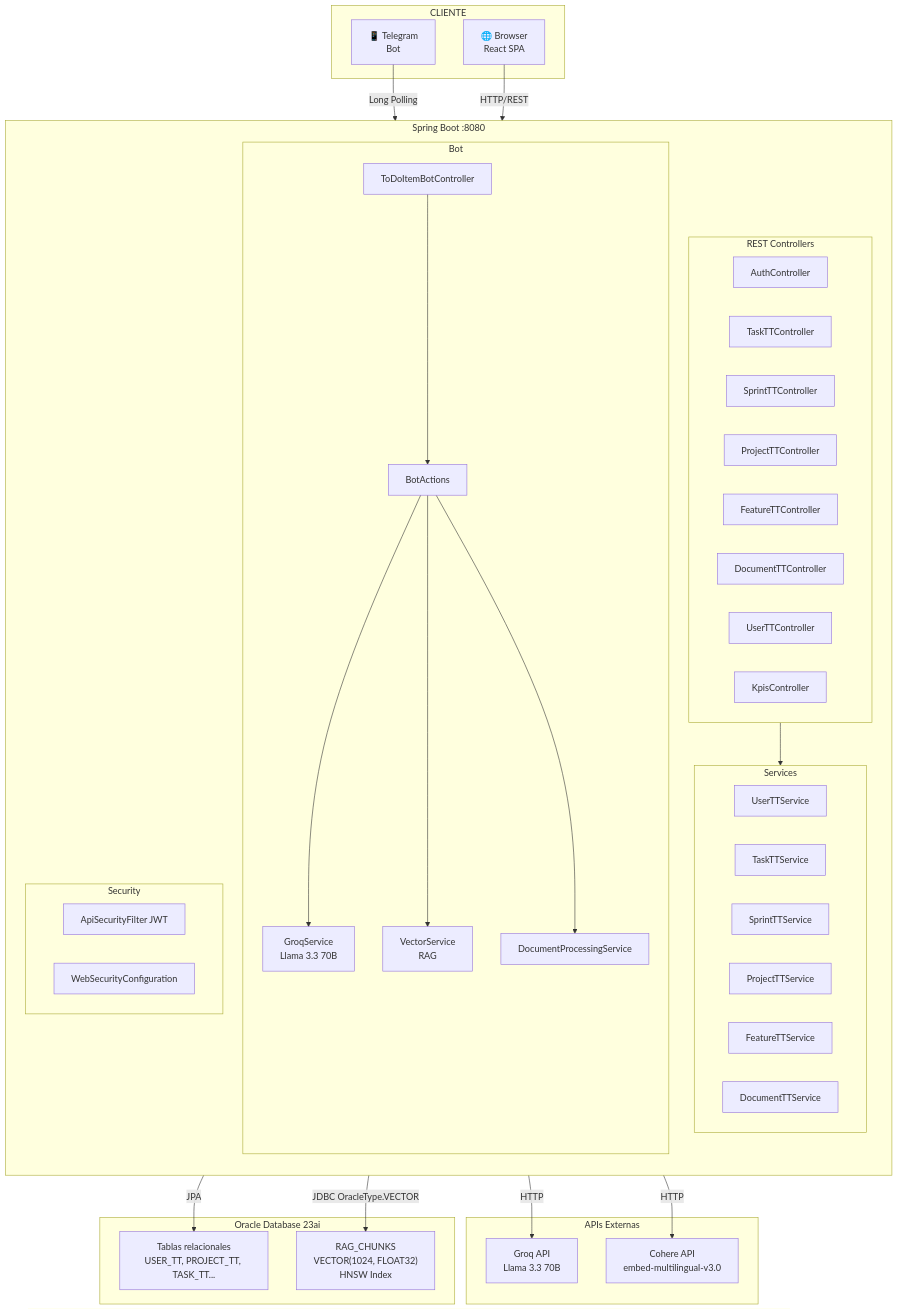
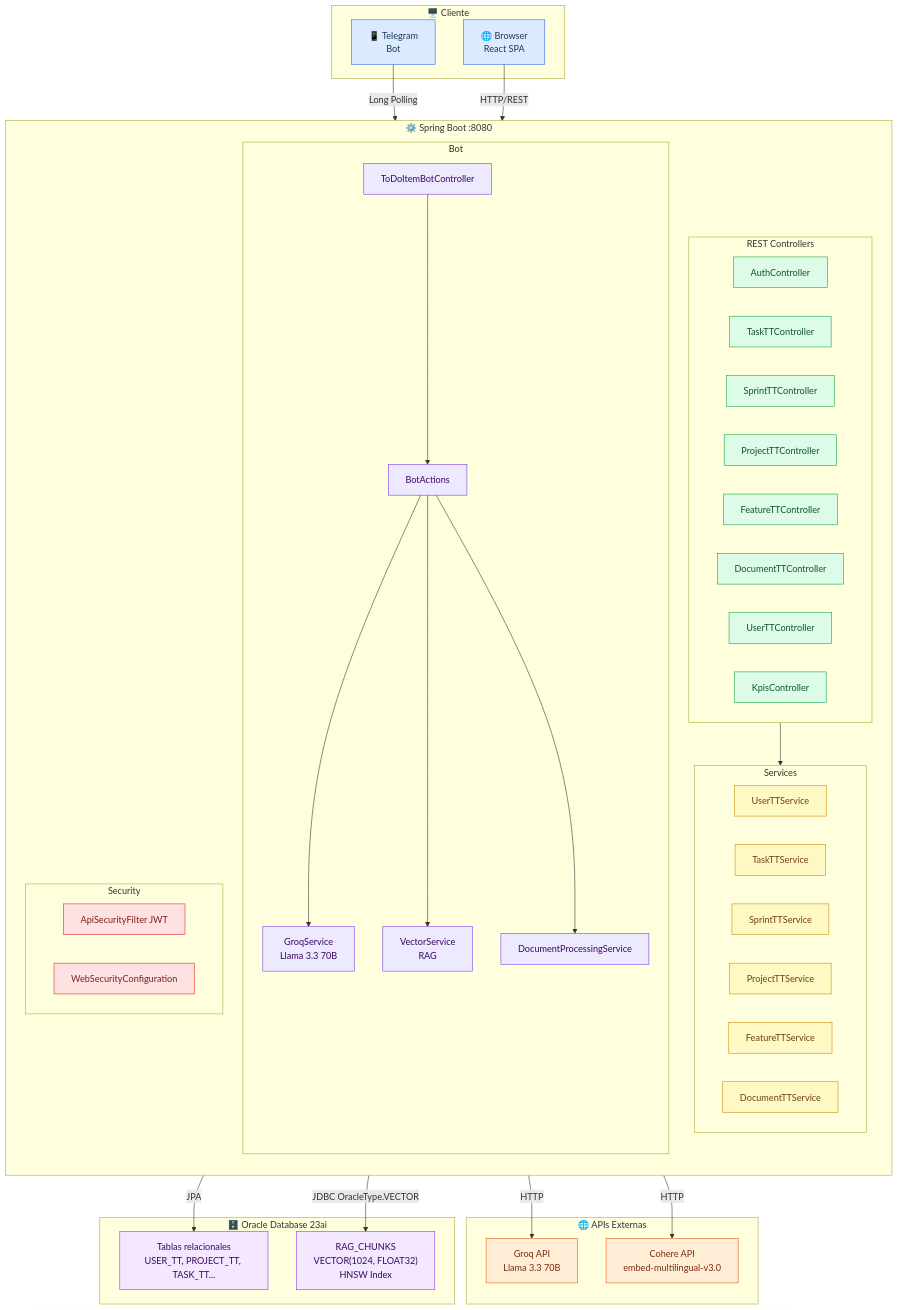
The diagram in website/docs/architecture/components.md (LosPapois/LosPapois_TaskTuner), drawn with Mermaid before and after one commit. The commit also changed 6 other files, not shown here.

First line of the commit message:
feat(docs): add colors to all Mermaid diagrams

````diff
--- a/website/docs/architecture/components.md
+++ b/website/docs/architecture/components.md
@@ -11,65 +11,81 @@
 ```mermaid
 flowchart TB
-    subgraph CLIENTE
+    subgraph CLIENTE["🖥️ Cliente"]
         Browser["🌐 Browser\nReact SPA"]
         Telegram["📱 Telegram\nBot"]
     end
 
-    subgraph SPRING["Spring Boot :8080"]
+    subgraph SPRING["⚙️ Spring Boot :8080"]
         direction TB
         subgraph REST["REST Controllers"]
             Auth[AuthController]
             TaskC[TaskTTController]
             SprintC[SprintTTController]
             ProjC[ProjectTTController]
             FeatC[FeatureTTController]
             DocC[DocumentTTController]
             UserC[UserTTController]
             KpiC[KpisController]
         end
 
         subgraph BOT["Bot"]
             BotCtrl[ToDoItemBotController]
             BotAct[BotActions]
             Groq[GroqService\nLlama 3.3 70B]
             Vector[VectorService\nRAG]
             DocProc[DocumentProcessingService]
         end
 
         subgraph SVC["Services"]
             US[UserTTService]
             TS[TaskTTService]
             SS[SprintTTService]
             PS[ProjectTTService]
             FS[FeatureTTService]
             DS[DocumentTTService]
         end
 
         subgraph SEC["Security"]
             JWT[ApiSecurityFilter JWT]
             WebSec[WebSecurityConfiguration]
         end
     end
 
-    subgraph EXTERNAL["APIs Externas"]
+    subgraph EXTERNAL["🌐 APIs Externas"]
         GroqAPI["Groq API\nLlama 3.3 70B"]
         CohereAPI["Cohere API\nembed-multilingual-v3.0"]
     end
 
-    subgraph DB["Oracle Database 23ai"]
+    subgraph DB["🗄️ Oracle Database 23ai"]
         Relational["Tablas relacionales\nUSER_TT, PROJECT_TT, TASK_TT..."]
         Vector2["RAG_CHUNKS\nVECTOR(1024, FLOAT32)\nHNSW Index"]
     end
 
     Browser -->|HTTP/REST| REST
     Telegram -->|Long Polling| BotCtrl
     BotCtrl --> BotAct
     BotAct --> Groq
     BotAct --> Vector
     BotAct --> DocProc
     Groq -->|HTTP| GroqAPI
     Vector -->|HTTP| CohereAPI
     Vector -->|JDBC OracleType.VECTOR| Vector2
     REST --> SVC
     SVC -->|JPA| Relational
+
+    classDef client fill:#DBEAFE,stroke:#2563EB,color:#1E3A5F
+    classDef spring fill:#DCFCE7,stroke:#16A34A,color:#14532D
+    classDef bot fill:#EDE9FE,stroke:#7C3AED,color:#3B0764
+    classDef svc fill:#FEF9C3,stroke:#CA8A04,color:#713F12
+    classDef sec fill:#FEE2E2,stroke:#DC2626,color:#7F1D1D
+    classDef ext fill:#FFEDD5,stroke:#EA580C,color:#7C2D12
+    classDef db fill:#F3E8FF,stroke:#9333EA,color:#3B0764
+
+    class Browser,Telegram client
+    class Auth,TaskC,SprintC,ProjC,FeatC,DocC,UserC,KpiC spring
+    class BotCtrl,BotAct,Groq,Vector,DocProc bot
+    class US,TS,SS,PS,FS,DS svc
+    class JWT,WebSec sec
+    class GroqAPI,CohereAPI ext
+    class Relational,Vector2 db
 ```
````
